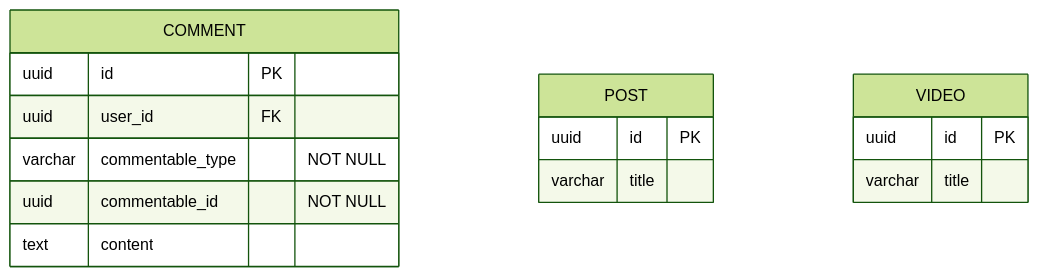
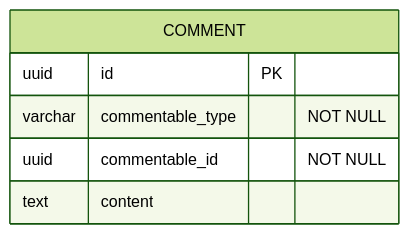
One commit to el-feo/ai-context changed the fifth of 5 diagrams in plugins/general/skills/mermaid-diagrams/references/erd-diagrams.md. Above: the diagram before and after it, drawn with Mermaid (forest theme). The commit also changed other lines of this file and 8 other files, not shown here.

First line of the commit message:
refactor(general): reduce mermaid-diagrams SKILL.md and trim oversized references (#207)

````diff
--- a/plugins/general/skills/mermaid-diagrams/references/erd-diagrams.md
+++ b/plugins/general/skills/mermaid-diagrams/references/erd-diagrams.md
@@ -448,20 +85,9 @@
 ```mermaid
 erDiagram
     COMMENT {
         uuid id PK
-        uuid user_id FK
         varchar commentable_type "NOT NULL"
         uuid commentable_id "NOT NULL"
         text content
     }
-    
-    POST {
-        uuid id PK
-        varchar title
-    }
-    
-    VIDEO {
-        uuid id PK
-        varchar title
-    }
 ```
````
